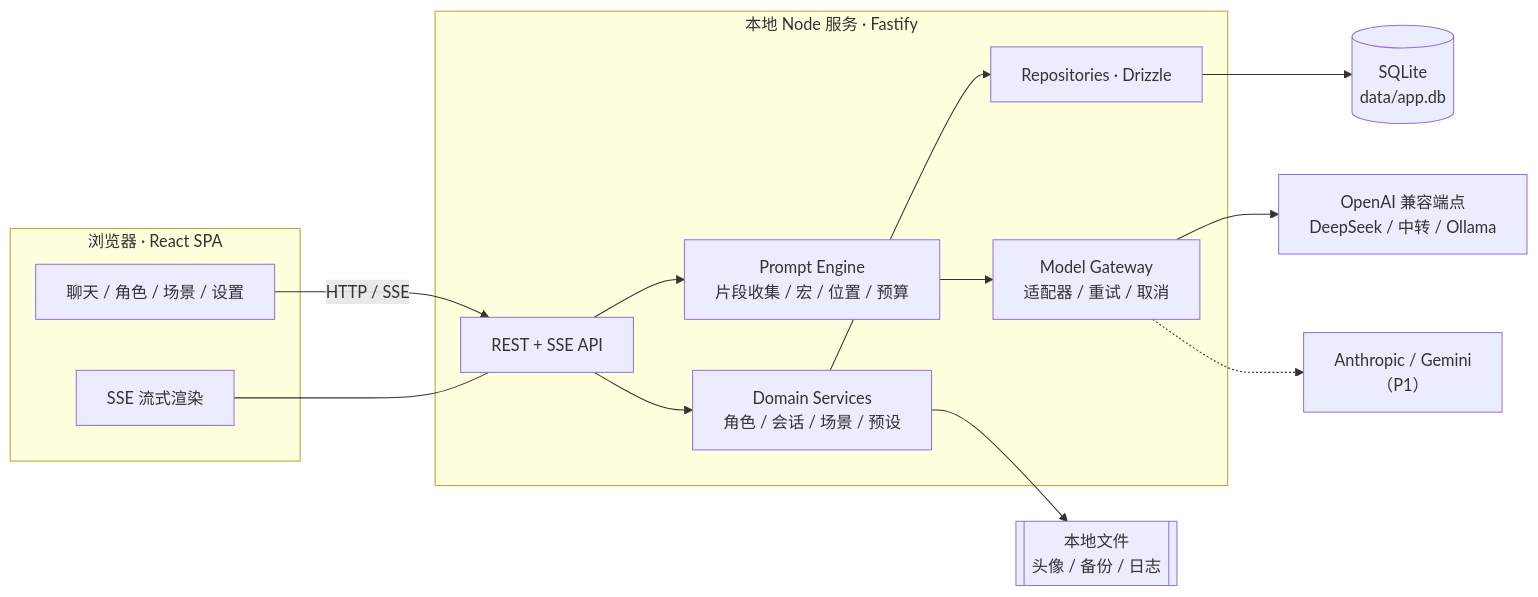
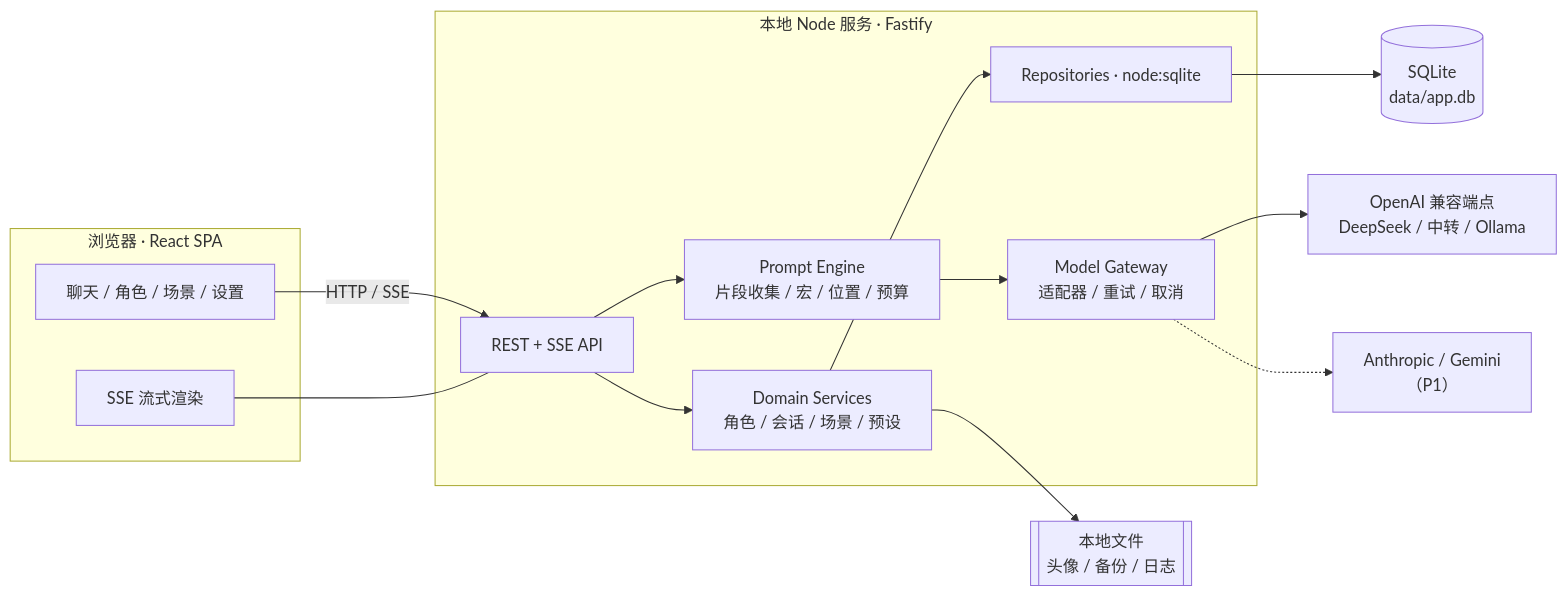
Before and after one commit to medalxuexi-ai/dsh-demo: the first of 3 diagrams in roleplay-chat/docs/02-architecture.md, drawn with Mermaid. The commit also changed other lines of this file and 80 other files, not shown here.

````diff
--- a/roleplay-chat/docs/02-architecture.md
+++ b/roleplay-chat/docs/02-architecture.md
@@ -18,31 +18,31 @@
 ```mermaid
 flowchart LR
   subgraph Browser["浏览器 · React SPA"]
     UI["聊天 / 角色 / 场景 / 设置"]
     Stream["SSE 流式渲染"]
   end
 
   subgraph Server["本地 Node 服务 · Fastify"]
     API["REST + SSE API"]
     CTX["Prompt Engine<br/>片段收集 / 宏 / 位置 / 预算"]
     GW["Model Gateway<br/>适配器 / 重试 / 取消"]
     SVC["Domain Services<br/>角色 / 会话 / 场景 / 预设"]
-    REPO["Repositories · Drizzle"]
+    REPO["Repositories · node:sqlite"]
   end
 
   DB[("SQLite<br/>data/app.db")]
   FS[["本地文件<br/>头像 / 备份 / 日志"]]
   P1["OpenAI 兼容端点<br/>DeepSeek / 中转 / Ollama"]
   P2["Anthropic / Gemini<br/>（P1）"]
 
   UI -->|"HTTP / SSE"| API
   Stream --- API
   API --> SVC
   API --> CTX
   CTX --> GW
   SVC --> REPO
   REPO --> DB
   SVC --> FS
   GW --> P1
   GW -.-> P2
 ```
````
